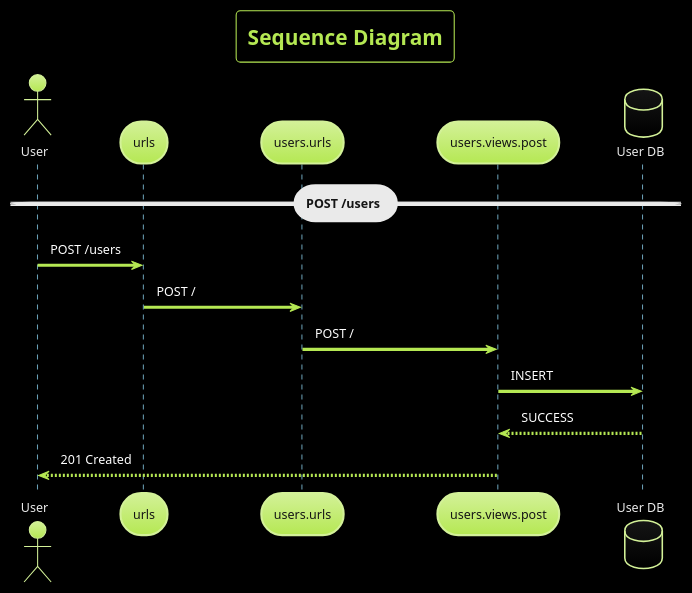
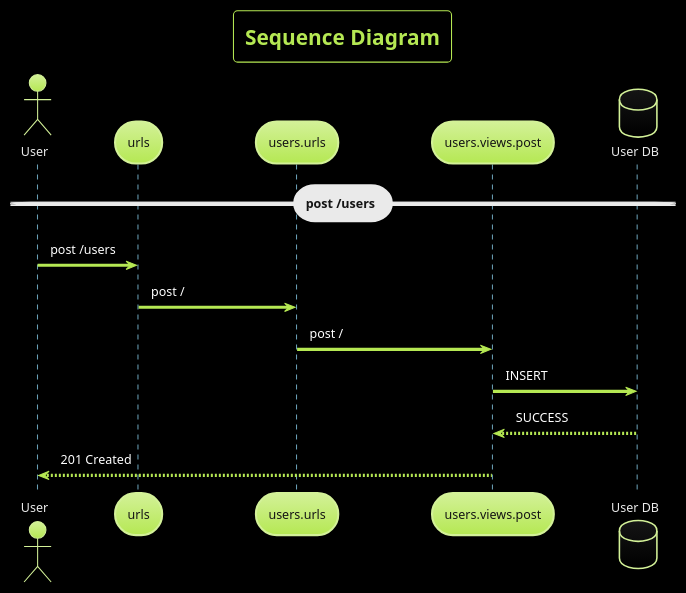
The second of 3 diagrams in design.plantuml (AdityaShenoy/FlipCart), drawn with PlantUML before and after one commit. The commit also changed other lines of this file, not shown here.

Commit message:
docs: use lower case for request method type

```diff
--- a/design.plantuml
+++ b/design.plantuml
@@ -17,20 +17,20 @@
 @startuml 2
 
     !theme hacker
     skinparam BackgroundColor black
     title "Sequence Diagram"
 
     actor User
     participant urls
     participant users.urls
     participant users.views.post
     database "User DB"
 
-    == POST /users ==
-    User             ->  urls             : POST /users
-    urls             ->  users.urls       : POST /
-    users.urls       ->  users.views.post : POST /
+    == post /users ==
+    User             ->  urls             : post /users
+    urls             ->  users.urls       : post /
+    users.urls       ->  users.views.post : post /
     users.views.post ->  "User DB"        : INSERT
     users.views.post <-- "User DB"        : SUCCESS
     User             <-- users.views.post : 201 Created
 @enduml
```
